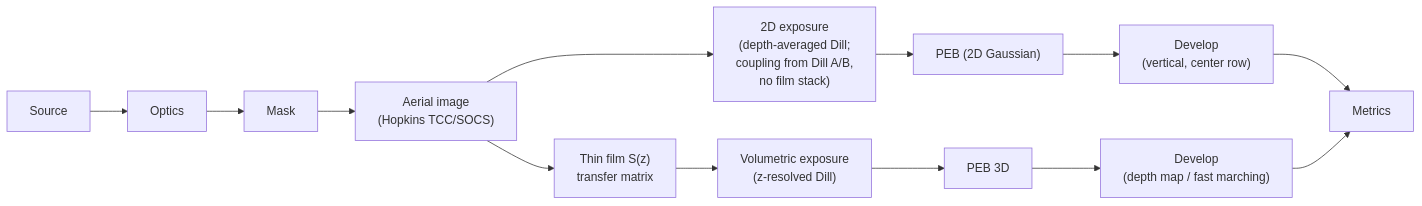
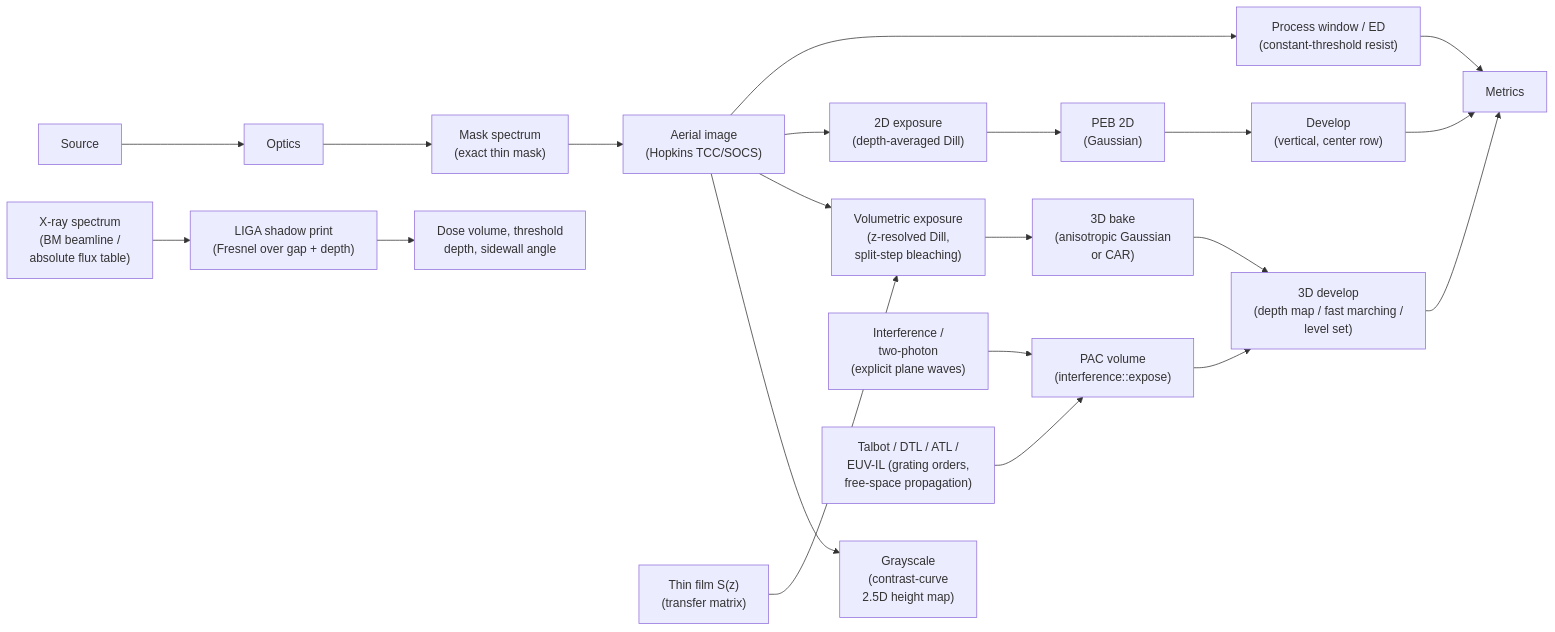
Before and after one commit to sonoransun/highuvlith: the diagram in docs/processes/index.md, drawn with Mermaid. The commit also changed other lines of this file and 496 other files, not shown here.

````diff
--- a/docs/processes/index.md
+++ b/docs/processes/index.md
@@ -16,12 +22,20 @@
 ```mermaid
 flowchart LR
-    SRC[Source] --> OPT[Optics] --> MSK[Mask]
+    SRC[Source] --> OPT[Optics] --> MSK["Mask spectrum<br/>(exact thin mask)"]
     MSK --> AER["Aerial image<br/>(Hopkins TCC/SOCS)"]
-    AER --> EXP2["2D exposure<br/>(depth-averaged Dill;<br/>coupling from Dill A/B,<br/>no film stack)"]
-    AER --> TF["Thin film S(z)<br/>transfer matrix"]
-    TF --> EXP3["Volumetric exposure<br/>(z-resolved Dill)"]
-    EXP2 --> PEB2["PEB (2D Gaussian)"] --> DEV2["Develop<br/>(vertical, center row)"]
-    EXP3 --> PEB3["PEB 3D"] --> DEV3["Develop<br/>(depth map / fast marching)"]
+    AER --> PW["Process window / ED<br/>(constant-threshold resist)"]
+    AER --> EXP2["2D exposure<br/>(depth-averaged Dill)"]
+    EXP2 --> PEB2["PEB 2D<br/>(Gaussian)"] --> DEV2["Develop<br/>(vertical, center row)"]
+    AER --> EXP3["Volumetric exposure<br/>(z-resolved Dill,<br/>split-step bleaching)"]
+    TF["Thin film S(z)<br/>(transfer matrix)"] --> EXP3
+    EXP3 --> PEB3["3D bake<br/>(anisotropic Gaussian<br/>or CAR)"] --> DEV3["3D develop<br/>(depth map / fast marching /<br/>level set)"]
+    AER --> GRY["Grayscale<br/>(contrast-curve<br/>2.5D height map)"]
+    INT["Interference /<br/>two-photon<br/>(explicit plane waves)"] --> PAC["PAC volume<br/>(interference::expose)"]
+    PAC --> DEV3
+    XS["X-ray spectrum<br/>(BM beamline /<br/>absolute flux table)"] --> LIGA["LIGA shadow print<br/>(Fresnel over gap + depth)"]
+    LIGA --> LDEV["Dose volume, threshold<br/>depth, sidewall angle"]
     DEV2 --> MET[Metrics]
     DEV3 --> MET
+    PW --> MET
+    TAL["Talbot / DTL / ATL /<br/>EUV-IL (grating orders,<br/>free-space propagation)"] --> PAC
 ```
````
